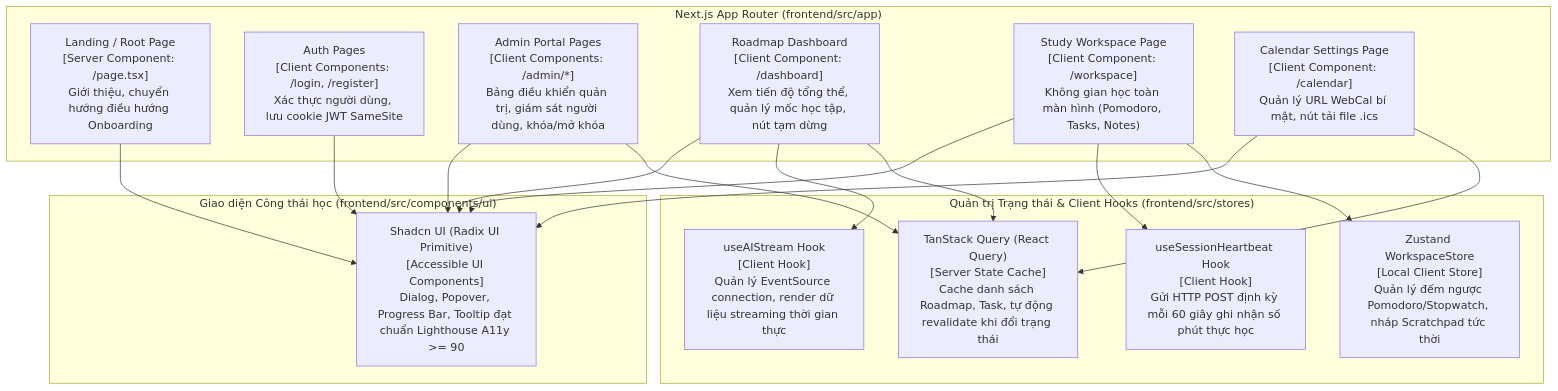
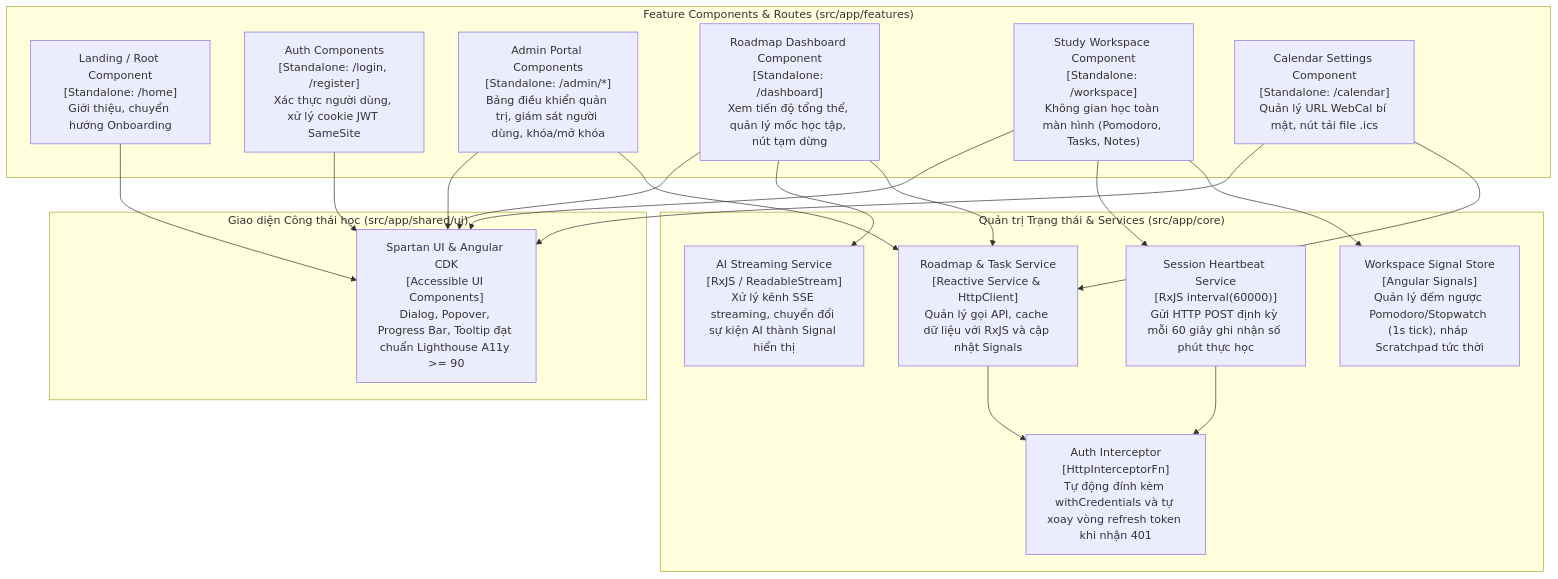
The fourth of 5 diagrams in docs/architecture/c4-model-components.md (Coffat/FocusFlow), drawn with Mermaid before and after one commit. The commit also changed other lines of this file and 83 other files, not shown here.

Commit message:
docs: audit and synchronize SRS, database schema, UML, and architectural specs

````diff
--- a/docs/architecture/c4-model-components.md
+++ b/docs/architecture/c4-model-components.md
@@ -203,37 +212,41 @@
 ```mermaid
 flowchart TB
-    subgraph NextPages["Next.js App Router (frontend/src/app)"]
-        HomePage["Landing / Root Page<br>[Server Component: /page.tsx]<br>Giới thiệu, chuyển hướng điều hướng Onboarding"]
-        AuthPages["Auth Pages<br>[Client Components: /login, /register]<br>Xác thực người dùng, lưu cookie JWT SameSite"]
-        AdminPages["Admin Portal Pages<br>[Client Components: /admin/*]<br>Bảng điều khiển quản trị, giám sát người dùng, khóa/mở khóa"]
-        DashboardPage["Roadmap Dashboard<br>[Client Component: /dashboard]<br>Xem tiến độ tổng thể, quản lý mốc học tập, nút tạm dừng"]
-        WorkspacePage["Study Workspace Page<br>[Client Component: /workspace]<br>Không gian học toàn màn hình (Pomodoro, Tasks, Notes)"]
-        CalendarSettingsPage["Calendar Settings Page<br>[Client Component: /calendar]<br>Quản lý URL WebCal bí mật, nút tải file .ics"]
+    subgraph AngularFeatures["Feature Components & Routes (src/app/features)"]
+        HomePage["Landing / Root Component<br>[Standalone: /home]<br>Giới thiệu, chuyển hướng Onboarding"]
+        AuthPages["Auth Components<br>[Standalone: /login, /register]<br>Xác thực người dùng, xử lý cookie JWT SameSite"]
+        AdminPages["Admin Portal Components<br>[Standalone: /admin/*]<br>Bảng điều khiển quản trị, giám sát người dùng, khóa/mở khóa"]
+        DashboardPage["Roadmap Dashboard Component<br>[Standalone: /dashboard]<br>Xem tiến độ tổng thể, quản lý mốc học tập, nút tạm dừng"]
+        WorkspacePage["Study Workspace Component<br>[Standalone: /workspace]<br>Không gian học toàn màn hình (Pomodoro, Tasks, Notes)"]
+        CalendarSettingsPage["Calendar Settings Component<br>[Standalone: /calendar]<br>Quản lý URL WebCal bí mật, nút tải file .ics"]
     end
 
-    subgraph ClientStateAndHooks["Quản trị Trạng thái & Client Hooks (frontend/src/stores)"]
-        ZustandWorkspaceStore["Zustand WorkspaceStore<br>[Local Client Store]<br>Quản lý đếm ngược Pomodoro/Stopwatch, nháp Scratchpad tức thời"]
-        TanStackRoadmapQueries["TanStack Query (React Query)<br>[Server State Cache]<br>Cache danh sách Roadmap, Task, tự động revalidate khi đổi trạng thái"]
-        SSEStreamHook["useAIStream Hook<br>[Client Hook]<br>Quản lý EventSource connection, render dữ liệu streaming thời gian thực"]
-        HeartbeatHook["useSessionHeartbeat Hook<br>[Client Hook]<br>Gửi HTTP POST định kỳ mỗi 60 giây ghi nhận số phút thực học"]
+    subgraph CoreServicesAndSignals["Quản trị Trạng thái & Services (src/app/core)"]
+        WorkspaceSignalStore["Workspace Signal Store<br>[Angular Signals]<br>Quản lý đếm ngược Pomodoro/Stopwatch (1s tick), nháp Scratchpad tức thời"]
+        RoadmapApiService["Roadmap & Task Service<br>[Reactive Service & HttpClient]<br>Quản lý gọi API, cache dữ liệu với RxJS và cập nhật Signals"]
+        AiStreamingService["AI Streaming Service<br>[RxJS / ReadableStream]<br>Xử lý kênh SSE streaming, chuyển đổi sự kiện AI thành Signal hiển thị"]
+        HeartbeatService["Session Heartbeat Service<br>[RxJS interval(60000)]<br>Gửi HTTP POST định kỳ mỗi 60 giây ghi nhận số phút thực học"]
+        AuthInterceptor["Auth Interceptor<br>[HttpInterceptorFn]<br>Tự động đính kèm withCredentials và tự xoay vòng refresh token khi nhận 401"]
     end
 
-    subgraph UIComponentLibrary["Giao diện Công thái học (frontend/src/components/ui)"]
-        ShadcnUI["Shadcn UI (Radix UI Primitive)<br>[Accessible UI Components]<br>Dialog, Popover, Progress Bar, Tooltip đạt chuẩn Lighthouse A11y >= 90"]
+    subgraph UIComponentLibrary["Giao diện Công thái học (src/app/shared/ui)"]
+        SpartanUI["Spartan UI & Angular CDK<br>[Accessible UI Components]<br>Dialog, Popover, Progress Bar, Tooltip đạt chuẩn Lighthouse A11y >= 90"]
     end
 
-    HomePage --> ShadcnUI
-    AuthPages --> ShadcnUI
-    AdminPages --> TanStackRoadmapQueries
-    AdminPages --> ShadcnUI
-    DashboardPage --> TanStackRoadmapQueries
-    DashboardPage --> SSEStreamHook
-    DashboardPage --> ShadcnUI
+    HomePage --> SpartanUI
+    AuthPages --> SpartanUI
+    AdminPages --> RoadmapApiService
+    AdminPages --> SpartanUI
+    DashboardPage --> RoadmapApiService
+    DashboardPage --> AiStreamingService
+    DashboardPage --> SpartanUI
 
-    WorkspacePage --> ZustandWorkspaceStore
-    WorkspacePage --> HeartbeatHook
-    WorkspacePage --> ShadcnUI
+    WorkspacePage --> WorkspaceSignalStore
+    WorkspacePage --> HeartbeatService
+    WorkspacePage --> SpartanUI
 
-    CalendarSettingsPage --> TanStackRoadmapQueries
-    CalendarSettingsPage --> ShadcnUI
+    CalendarSettingsPage --> RoadmapApiService
+    CalendarSettingsPage --> SpartanUI
+
+    RoadmapApiService --> AuthInterceptor
+    HeartbeatService --> AuthInterceptor
 ```
````
